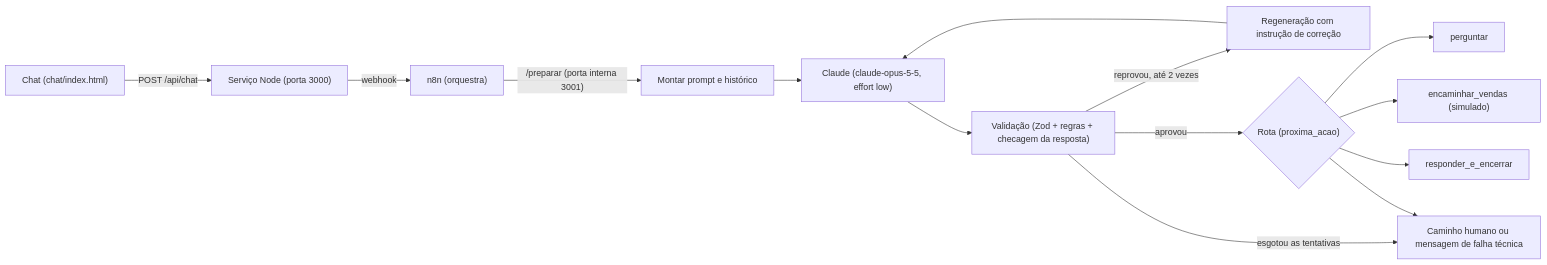
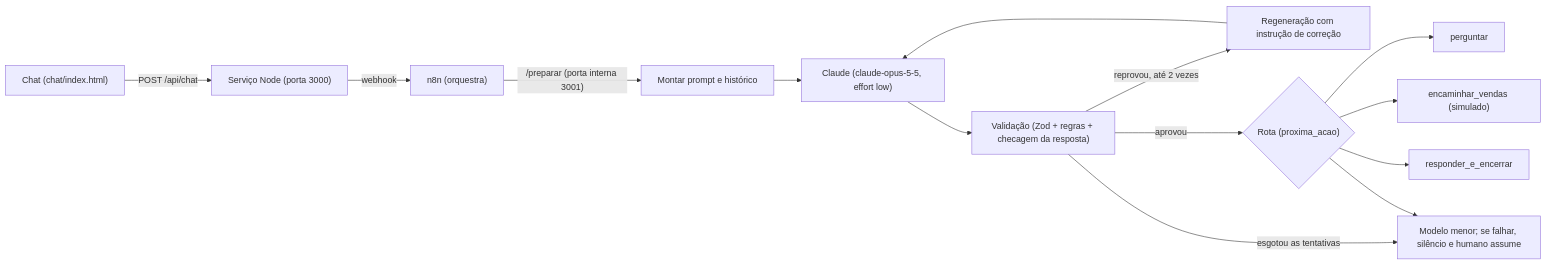
Before and after one commit to gomesbeduardo/leadgate: the diagram in README.md, drawn with Mermaid. The commit also changed other lines of this file and 1 other file, not shown here.

````diff
--- a/README.md
+++ b/README.md
@@ -46,16 +46,16 @@
 ```mermaid
 flowchart LR
     chat["Chat (chat/index.html)"] -->|POST /api/chat| servico["Serviço Node (porta 3000)"]
     servico -->|webhook| n8n["n8n (orquestra)"]
     n8n -->|"/preparar (porta interna 3001)"| prep["Montar prompt e histórico"]
     prep --> claude["Claude (claude-opus-5-5, effort low)"]
     claude --> valid["Validação (Zod + regras + checagem da resposta)"]
     valid -->|"reprovou, até 2 vezes"| regen["Regeneração com instrução de correção"]
     regen --> claude
     valid -->|aprovou| rota{"Rota (proxima_acao)"}
-    valid -->|"esgotou as tentativas"| humano["Caminho humano ou mensagem de falha técnica"]
+    valid -->|"esgotou as tentativas"| humano["Modelo menor; se falhar, silêncio e humano assume"]
     rota --> perguntar["perguntar"]
     rota --> vendas["encaminhar_vendas (simulado)"]
     rota --> encerrar["responder_e_encerrar"]
     rota --> humano
 ```
````
